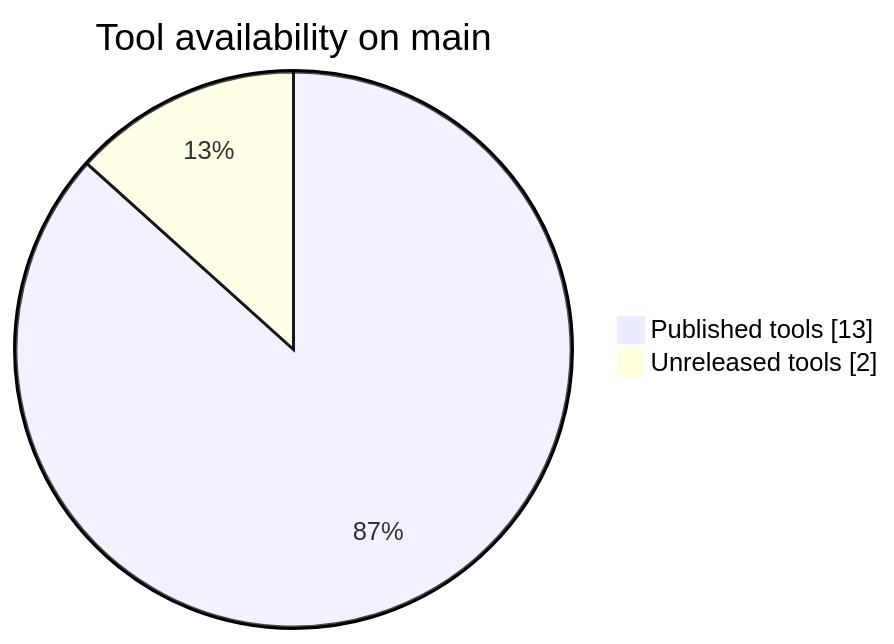
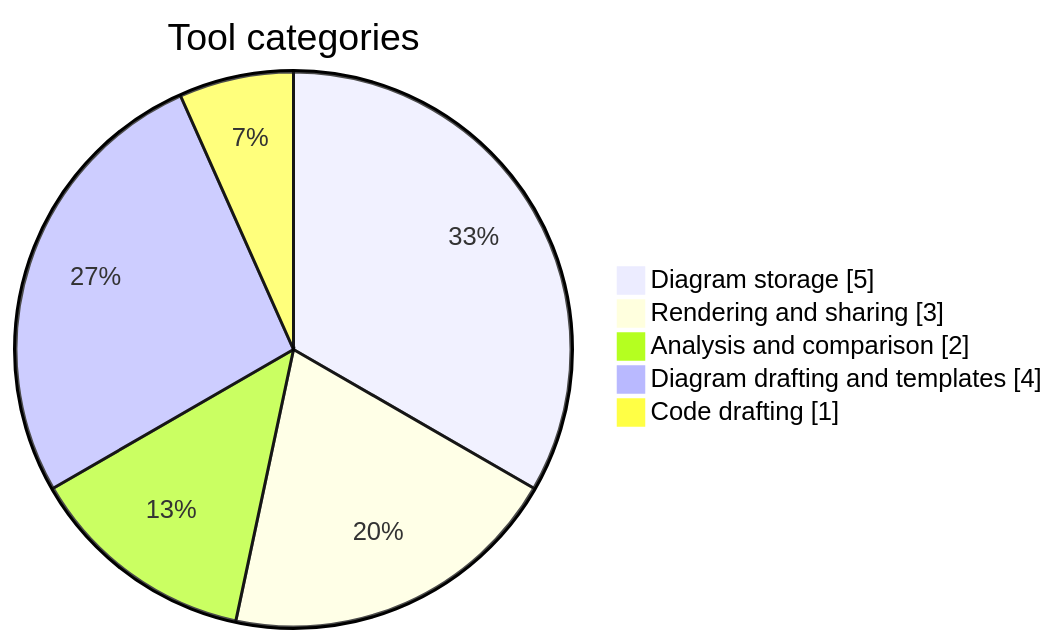
Before and after one commit to mohammad-emad-dev/diagrams-mcp-server: the first of 4 diagrams in README.md, drawn with Mermaid. The commit also changed other lines of this file and 15 other files, not shown here.

````diff
--- a/README.md
+++ b/README.md
@@ -29,8 +27,11 @@
 ```mermaid
 pie showData
-    accTitle: Tool availability on main
-    accDescr: Thirteen published tools and two unreleased tools
-    title Tool availability on main
-    "Published tools" : 13
-    "Unreleased tools" : 2
+    accTitle: Tool categories
+    accDescr: Five storage tools and three rendering tools and two analysis tools and four diagram drafting and template tools and one code drafting tool
+    title Tool categories
+    "Diagram storage" : 5
+    "Rendering and sharing" : 3
+    "Analysis and comparison" : 2
+    "Diagram drafting and templates" : 4
+    "Code drafting" : 1
 ```
````
